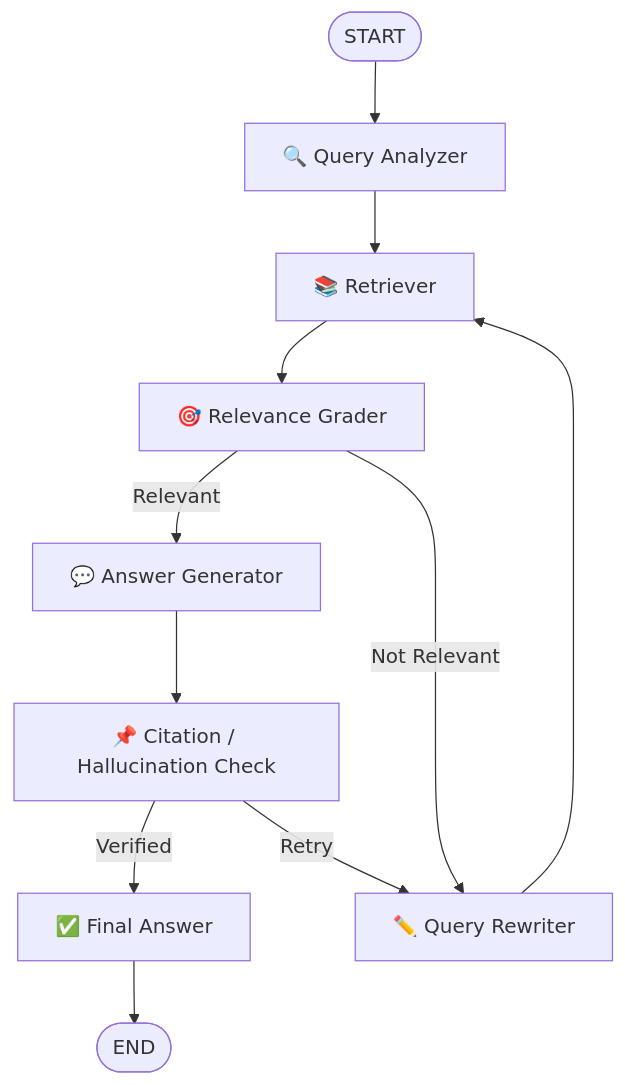
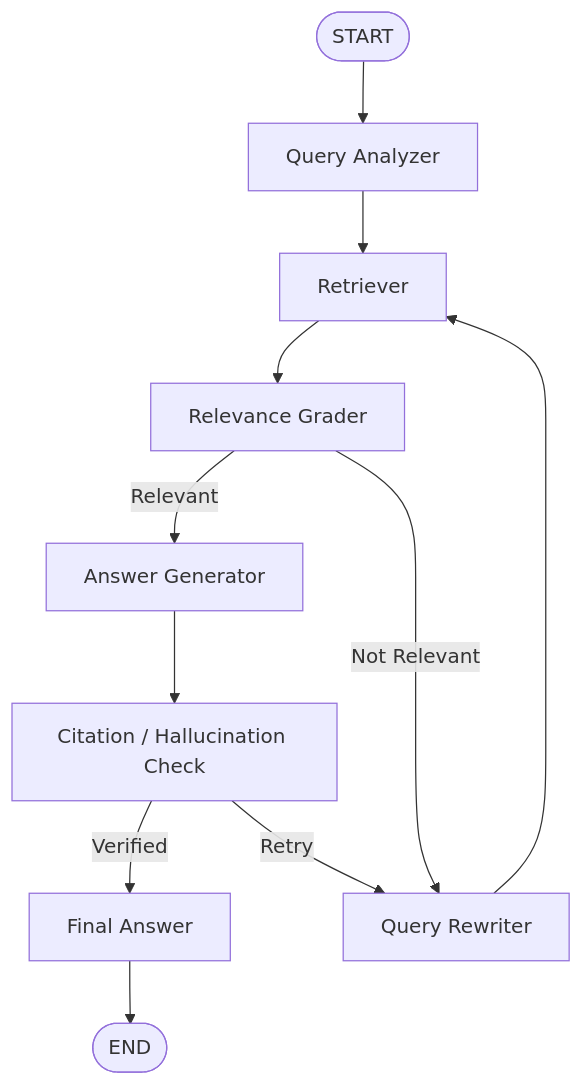
One commit to sufiandevs/Document-Analyzer changed the fourth of 7 diagrams in README.md. Above: the diagram before and after it, drawn with Mermaid. The commit also changed other lines of this file, not shown here.

````diff
--- a/README.md
+++ b/README.md
@@ -189,36 +189,36 @@
 ```mermaid
 flowchart TD
     START(["START"])
 
-    QA["🔍 Query Analyzer"]
+    QA[" Query Analyzer"]
 
-    R["📚 Retriever"]
+    R[" Retriever"]
 
-    G["🎯 Relevance Grader"]
+    G[" Relevance Grader"]
 
-    A["💬 Answer Generator"]
+    A[" Answer Generator"]
 
-    C["📌 Citation / Hallucination Check"]
+    C[" Citation / Hallucination Check"]
 
-    RW["✏️ Query Rewriter"]
+    RW[" Query Rewriter"]
 
-    FINAL["✅ Final Answer"]
+    FINAL[" Final Answer"]
 
     END(["END"])
 
     START --> QA
     QA --> R
     R --> G
 
     G -->|Relevant| A
     G -->|Not Relevant| RW
 
     RW --> R
 
     A --> C
 
     C -->|Verified| FINAL
     C -->|Retry| RW
 
     FINAL --> END
 ```
````
